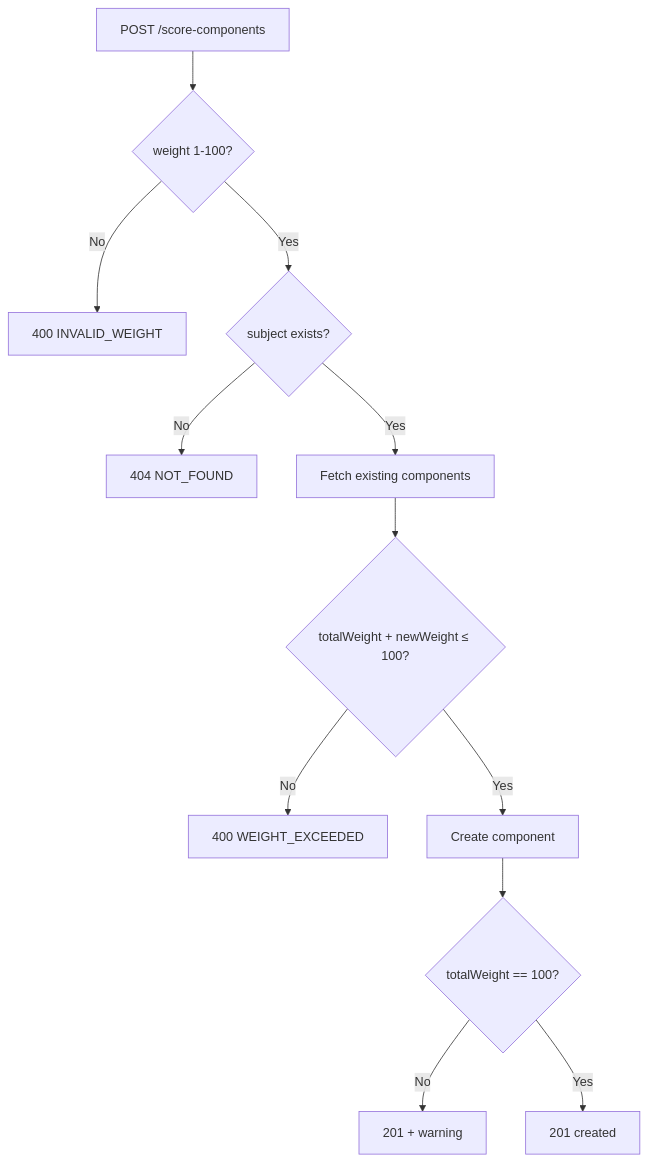
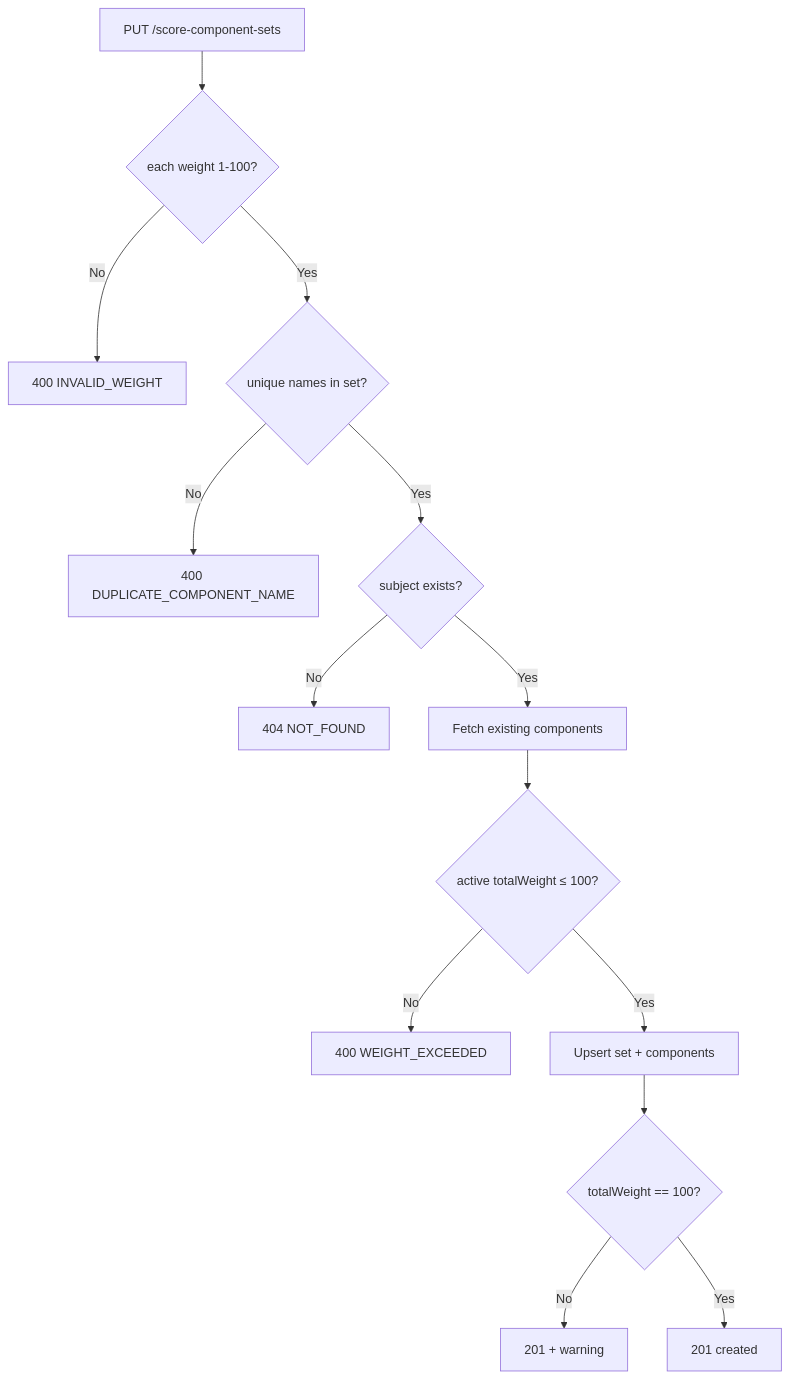
Before and after one commit to haidonglethqb/CloudSchool: the diagram in docs/system/scoring-system/score-components.md, drawn with Mermaid. The commit also changed other lines of this file and 32 other files, not shown here.

````diff
--- a/docs/system/scoring-system/score-components.md
+++ b/docs/system/scoring-system/score-components.md
@@ -44,14 +56,16 @@
 ```mermaid
 flowchart TD
-    A[POST /score-components] --> B{weight 1-100?}
+    A[PUT /score-component-sets] --> B{each weight 1-100?}
     B -->|No| C[400 INVALID_WEIGHT]
-    B -->|Yes| D{subject exists?}
+    B -->|Yes| N{unique names in set?}
+    N -->|No| M[400 DUPLICATE_COMPONENT_NAME]
+    N -->|Yes| D{subject exists?}
     D -->|No| E[404 NOT_FOUND]
     D -->|Yes| F[Fetch existing components]
-    F --> G{totalWeight + newWeight ≤ 100?}
+    F --> G{active totalWeight ≤ 100?}
     G -->|No| H[400 WEIGHT_EXCEEDED]
-    G -->|Yes| I[Create component]
+    G -->|Yes| I[Upsert set + components]
     I --> J{totalWeight == 100?}
     J -->|No| K[201 + warning]
     J -->|Yes| L[201 created]
 ```
````
